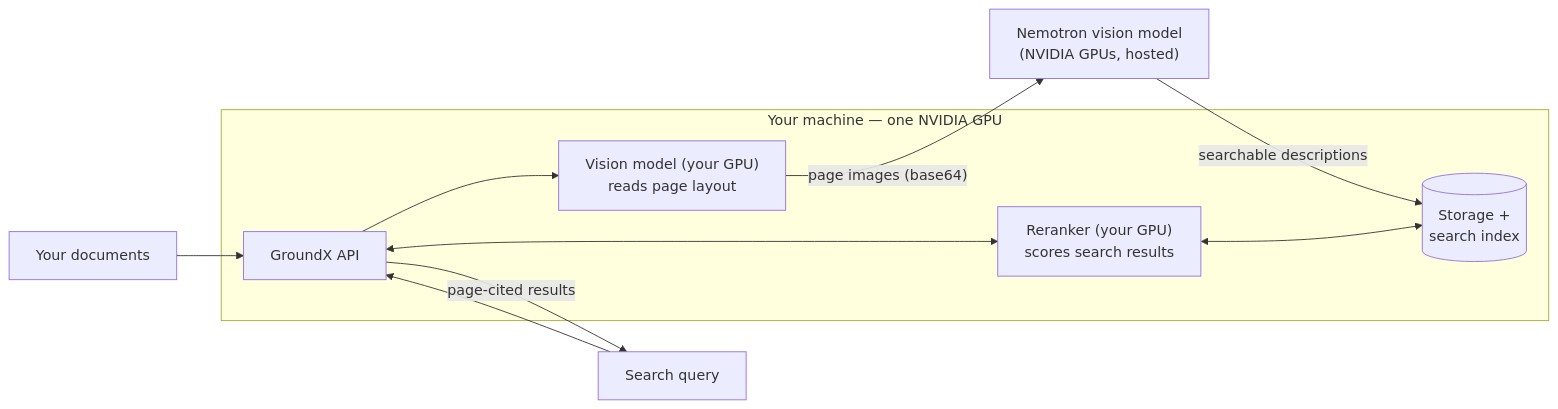
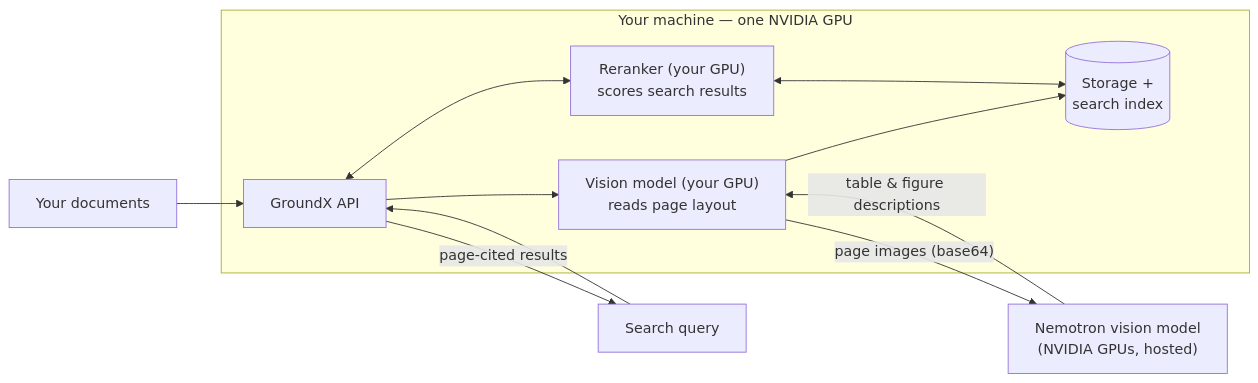
One commit to EyeLevel-ai/groundx-nvidia-quickstart changed the diagram in deploy/README.md. Above: the diagram before and after it, drawn with Mermaid. The commit also changed other lines of this file and 10 other files, not shown here.

Commit message:
Adversarial review fixes: data-flow accuracy in fact sheet and notebook, complete requirements.txt, self-hosted use-it steps, accurate required-input boxes, live env vars only, doc discoverability

````diff
--- a/deploy/README.md
+++ b/deploy/README.md
@@ -5,16 +5,17 @@
 ```mermaid
 flowchart LR
     subgraph M["Your machine — one NVIDIA GPU"]
         API["GroundX API"]
         V["Vision model (your GPU)<br/>reads page layout"]
         R["Reranker (your GPU)<br/>scores search results"]
         S[("Storage +<br/>search index")]
     end
     N["Nemotron vision model<br/>(NVIDIA GPUs, hosted)"]
     D["Your documents"] --> API --> V
     V -->|"page images (base64)"| N
-    N -->|"searchable descriptions"| S
+    N -->|"table & figure descriptions"| V
+    V --> S
     Q["Search query"] --> API
     API <--> R <--> S
     API -->|"page-cited results"| Q
 ```
````
